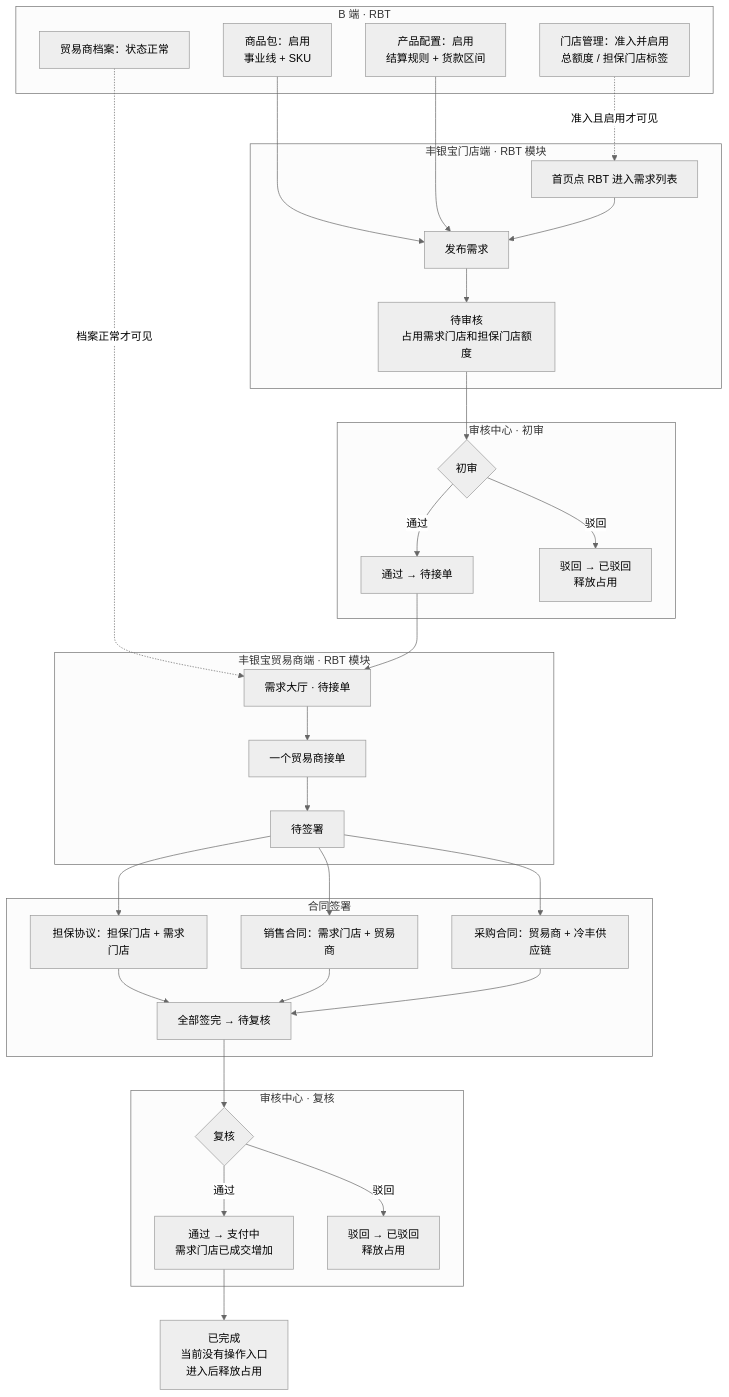
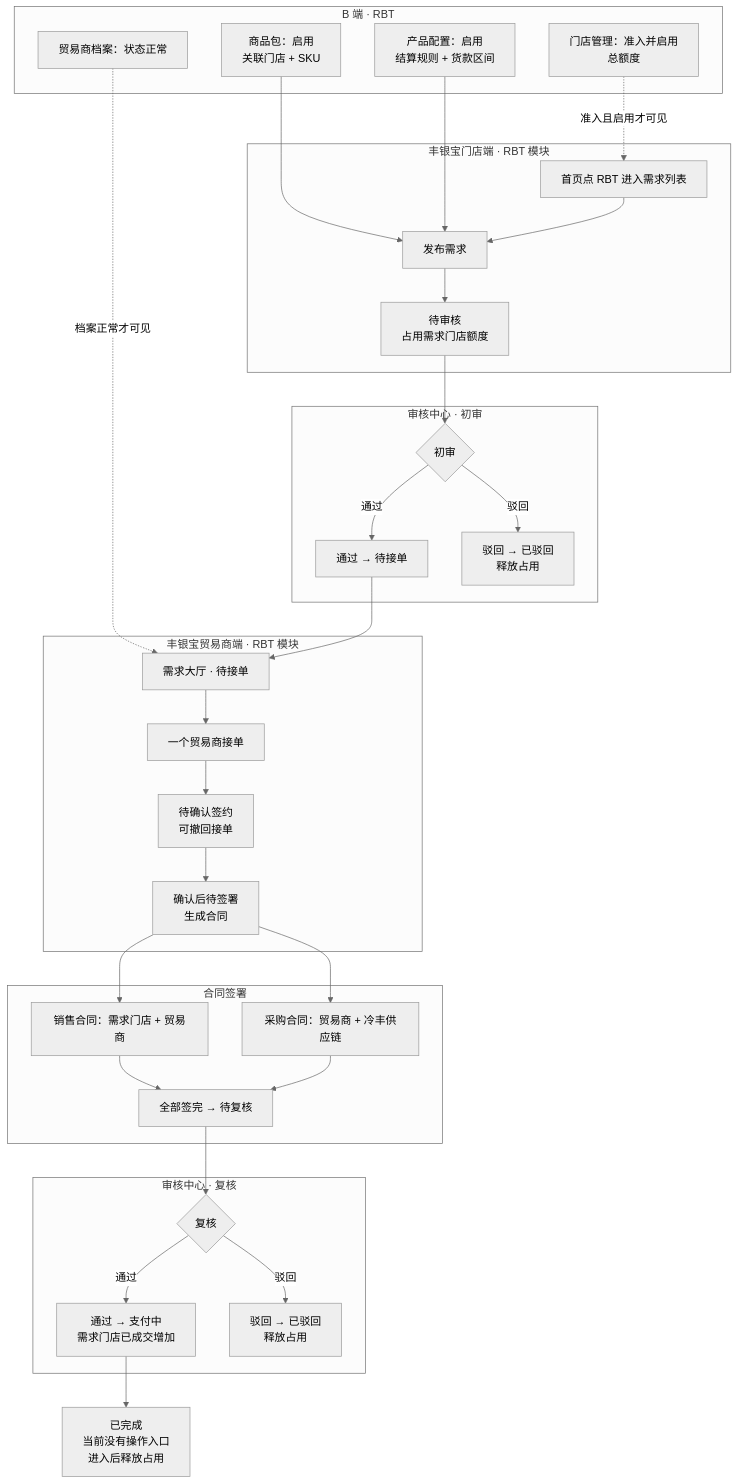
Before and after one commit to 342-droid/LFerp: the first of 7 diagrams in RBT/docs/整体业务流程图.md, drawn with Mermaid (neutral theme). The commit also changed other lines of this file and 32 other files, not shown here.

````diff
--- a/RBT/docs/整体业务流程图.md
+++ b/RBT/docs/整体业务流程图.md
@@ -9,58 +9,56 @@
 ```mermaid
 flowchart TB
   subgraph B["B 端 · RBT"]
-    A1[门店管理：准入并启用<br/>总额度 / 担保门店标签]
-    A2[商品包：启用<br/>事业线 + SKU]
+    A1[门店管理：准入并启用<br/>总额度]
+    A2[商品包：启用<br/>关联门店 + SKU]
     A3[产品配置：启用<br/>结算规则 + 货款区间]
     A4[贸易商档案：状态正常]
   end
 
   subgraph STORE["丰银宝门店端 · RBT 模块"]
     B1[首页点 RBT 进入需求列表]
     B2[发布需求]
-    B3[待审核<br/>占用需求门店和担保门店额度]
+    B3[待审核<br/>占用需求门店额度]
   end
 
   subgraph AUD1["审核中心 · 初审"]
     C1{初审}
     C2[通过 → 待接单]
     C3[驳回 → 已驳回<br/>释放占用]
   end
 
   subgraph TRADER["丰银宝贸易商端 · RBT 模块"]
     D1[需求大厅 · 待接单]
     D2[一个贸易商接单]
-    D3[待签署]
+    D2b[待确认签约<br/>可撤回接单]
+    D3[确认后待签署<br/>生成合同]
   end
 
   subgraph SIGN["合同签署"]
-    E1[担保协议：担保门店 + 需求门店]
     E2[销售合同：需求门店 + 贸易商]
     E3[采购合同：贸易商 + 冷丰供应链]
     E4[全部签完 → 待复核]
   end
 
   subgraph AUD2["审核中心 · 复核"]
     F1{复核}
     F2[通过 → 支付中<br/>需求门店已成交增加]
     F3[驳回 → 已驳回<br/>释放占用]
   end
 
   A1 -.->|准入且启用才可见| B1
   A4 -.->|档案正常才可见| D1
   A2 --> B2
   A3 --> B2
   B1 --> B2 --> B3 --> C1
-  C1 -->|通过| C2 --> D1 --> D2 --> D3
+  C1 -->|通过| C2 --> D1 --> D2 --> D2b --> D3
   C1 -->|驳回| C3
-  D3 --> E1
   D3 --> E2
   D3 --> E3
-  E1 --> E4
   E2 --> E4
   E3 --> E4
   E4 --> F1
   F1 -->|通过| F2
   F1 -->|驳回| F3
   F2 --> G1[已完成<br/>当前没有操作入口<br/>进入后释放占用]
 ```
````
